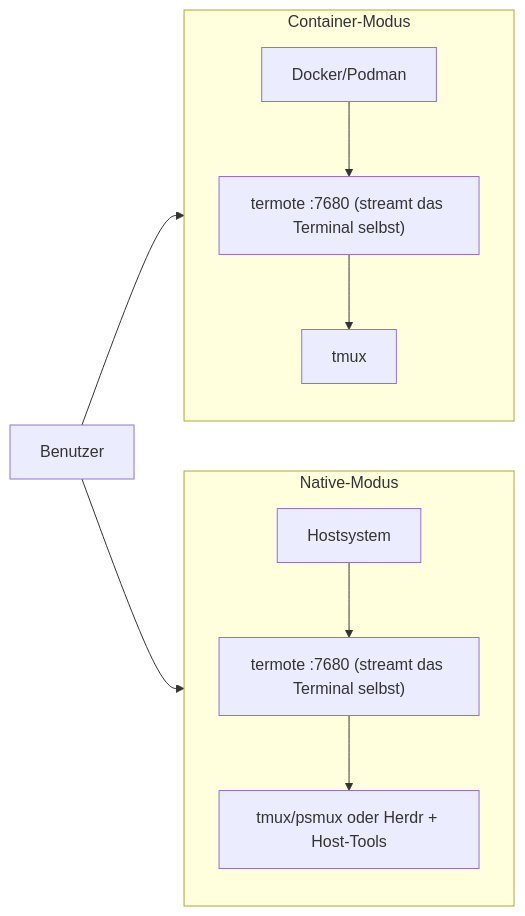
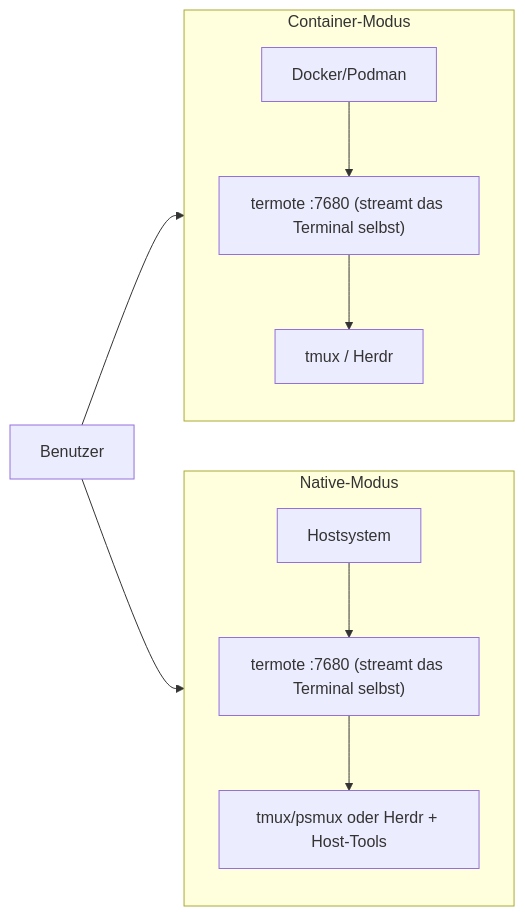
Before and after one commit to lamngockhuong/termote: the second of 2 diagrams in README.de.md, drawn with Mermaid. The commit also changed other lines of this file and 36 other files, not shown here.

````diff
--- a/README.de.md
+++ b/README.de.md
@@ -217,14 +217,14 @@
 ```mermaid
 flowchart LR
     subgraph Container["Container-Modus"]
         direction TB
-        C1["Docker/Podman"] --> C2["termote :7680 (streamt das Terminal selbst)"] --> C3["tmux"]
+        C1["Docker/Podman"] --> C2["termote :7680 (streamt das Terminal selbst)"] --> C3["tmux / Herdr"]
     end
 
     subgraph Native["Native-Modus"]
         direction TB
         N1["Hostsystem"] --> N2["termote :7680 (streamt das Terminal selbst)"] --> N3["tmux/psmux oder Herdr + Host-Tools"]
     end
 
     User["Benutzer"] --> Container & Native
 ```
````
